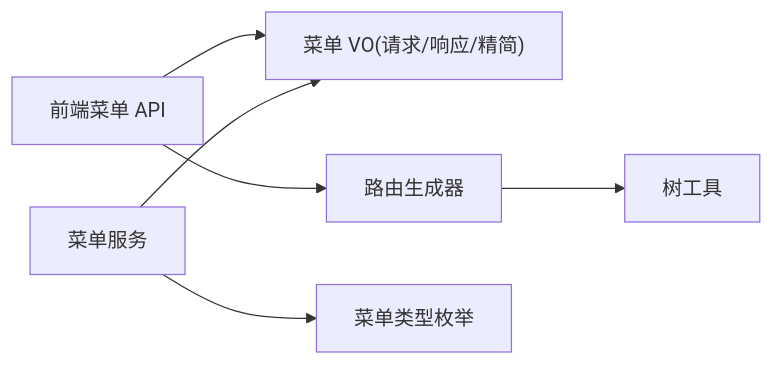
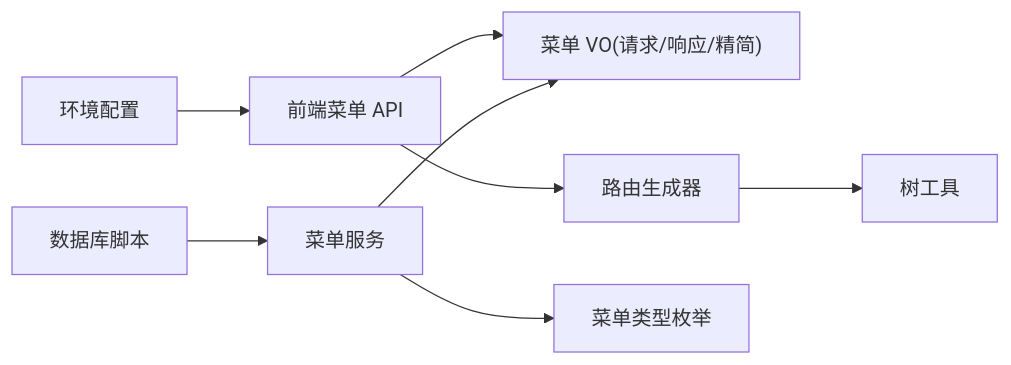
Before and after one commit to xiaoche80s-tech/rouyi-vue-pro: the seventh of 7 diagrams in .qoder/repowiki/zh/content/核心模块/系统管理模块/菜单管理.md, drawn with Mermaid. The commit also changed other lines of this file and 536 other files, not shown here.

````diff
--- a/.qoder/repowiki/zh/content/核心模块/系统管理模块/菜单管理.md
+++ b/.qoder/repowiki/zh/content/核心模块/系统管理模块/菜单管理.md
@@ -299,8 +344,10 @@
 ```mermaid
 graph LR
 API["前端菜单 API"] --> VO["菜单 VO(请求/响应/精简)"]
 API --> ROUTER["路由生成器"]
 ROUTER --> TREE["树工具"]
 SERVICE["菜单服务"] --> ENUM["菜单类型枚举"]
 SERVICE --> VO
+ENV["环境配置"] --> API
+DB["数据库脚本"] --> SERVICE
 ```
````
